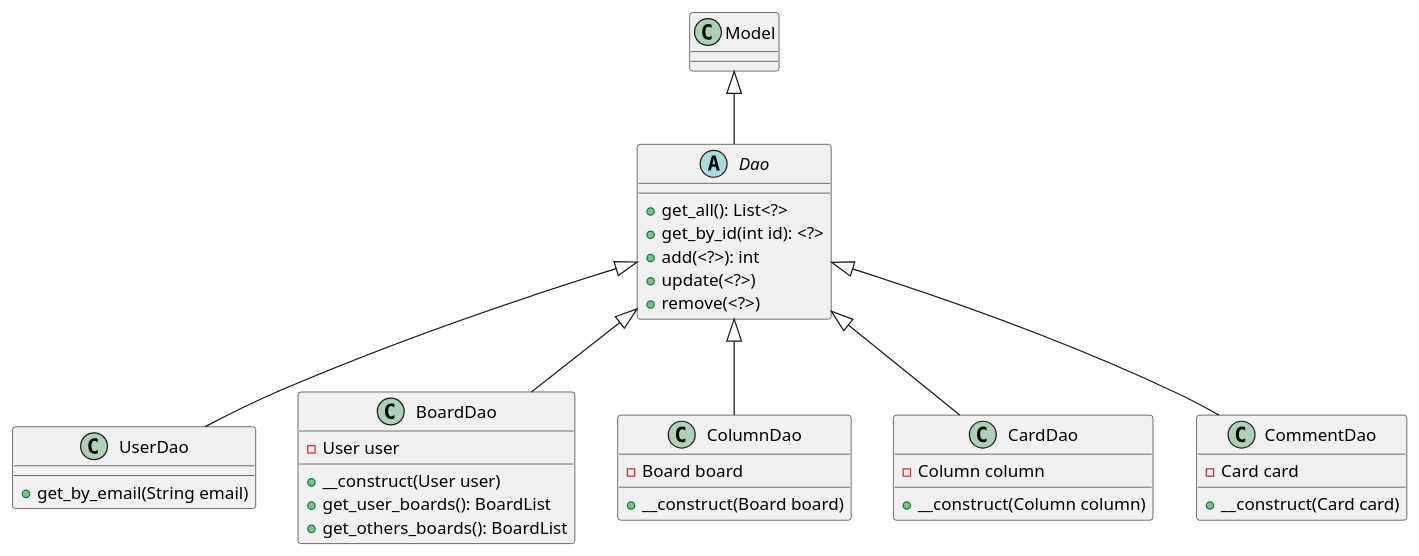
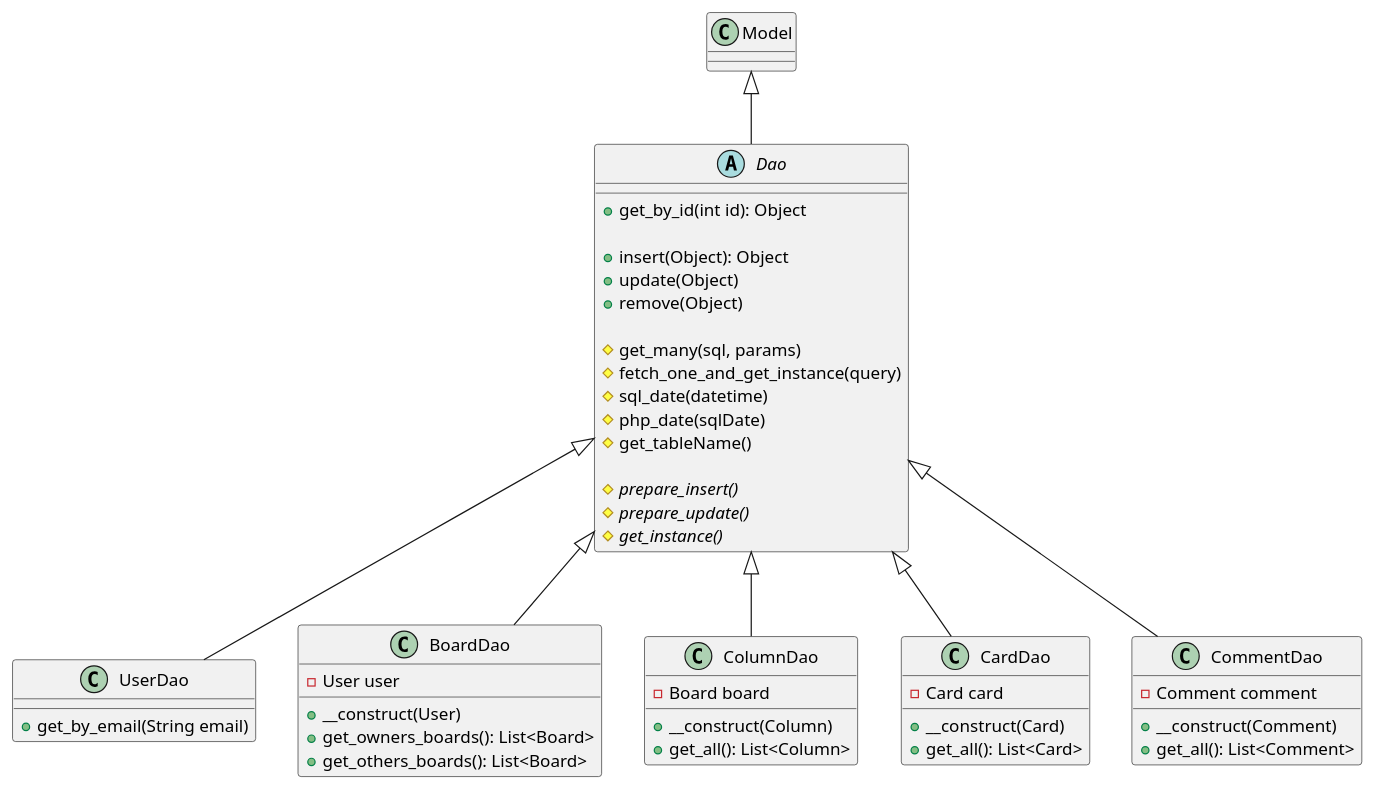
One commit to etic4/mini-trello-php changed the first of 4 diagrams in analyse/Diagrammes-V2.md. Above: the diagram before and after it, drawn with PlantUML. The commit also changed other lines of this file and 2 other files, not shown here.

````diff
--- a/analyse/Diagrammes-V2.md
+++ b/analyse/Diagrammes-V2.md
@@ -27,39 +27,52 @@
 ```plantuml
 @startuml
 
 abstract class Dao extends Model {
-    + get_all(): List<?>
-    + get_by_id(int id): <?>
-    + add(<?>): int
-    + update(<?>)
-    + remove(<?>)
+    + get_by_id(int id): Object
+
+    + insert(Object): Object
+    + update(Object)
+    + remove(Object)
+    
+    # get_many(sql, params)
+    # fetch_one_and_get_instance(query)
+    # sql_date(datetime)
+    # php_date(sqlDate)
+    # get_tableName()
+
+    # {abstract} prepare_insert()
+    # {abstract} prepare_update()
+    # {abstract} get_instance()
 }
 
 class UserDao extends Dao {
     + get_by_email(String email) 
 }
 
 class BoardDao extends Dao {
     - User user
-    + __construct(User user)
-    + get_user_boards(): BoardList
-    + get_others_boards(): BoardList
+    + __construct(User)
+    + get_owners_boards(): List<Board>
+    + get_others_boards(): List<Board>
 }
 
 class ColumnDao extends Dao {
-- Board board
-+ __construct(Board board)
+    - Board board
+    + __construct(Column)
+    + get_all(): List<Column>
 }
     
 class CardDao extends Dao {
-    - Column column
-    + __construct(Column column)
+    - Card card
+    + __construct(Card)
+    + get_all(): List<Card>
 }
 
 class CommentDao extends Dao {
-    - Card card
-    + __construct(Card card)
+    - Comment comment
+    + __construct(Comment)
+    + get_all(): List<Comment>
 }
 
 @enduml
 ```
````
